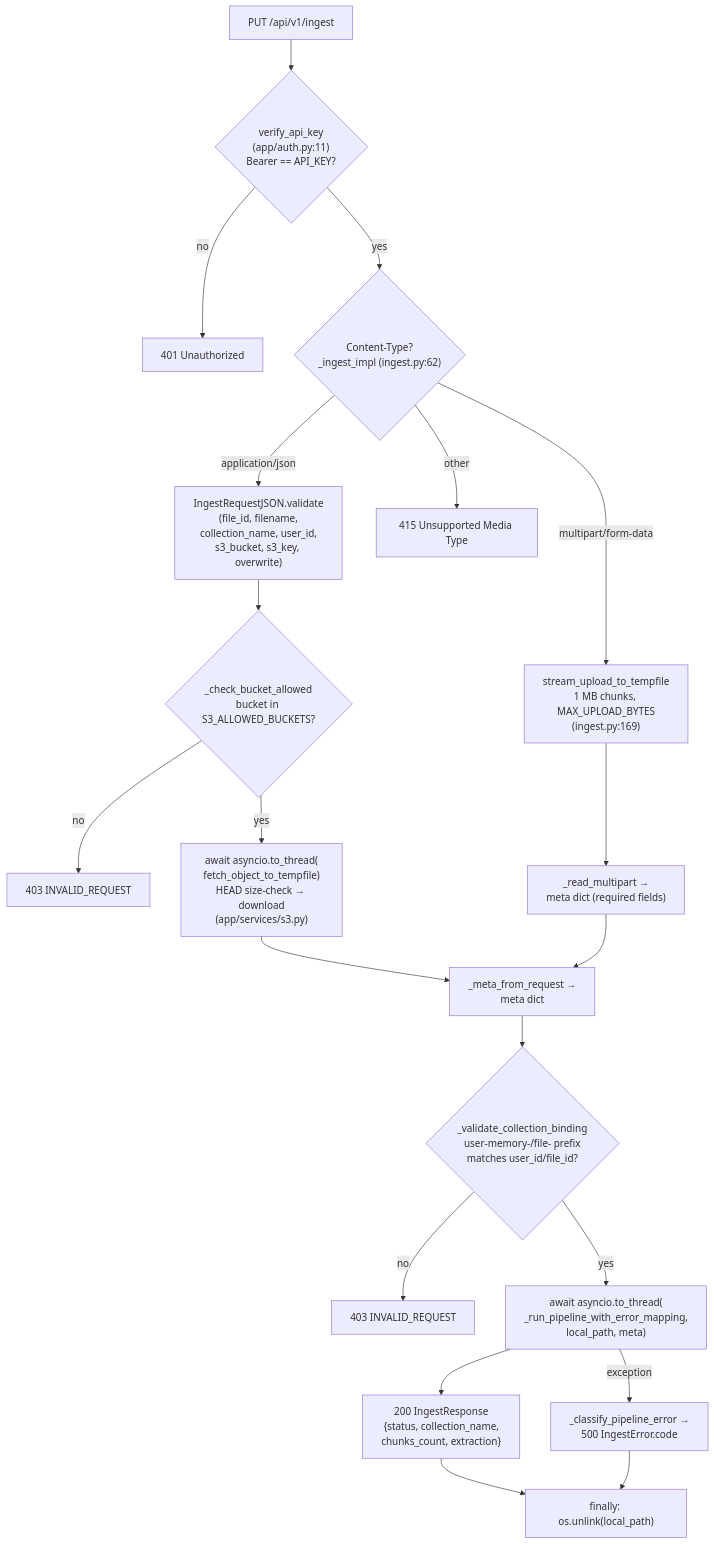
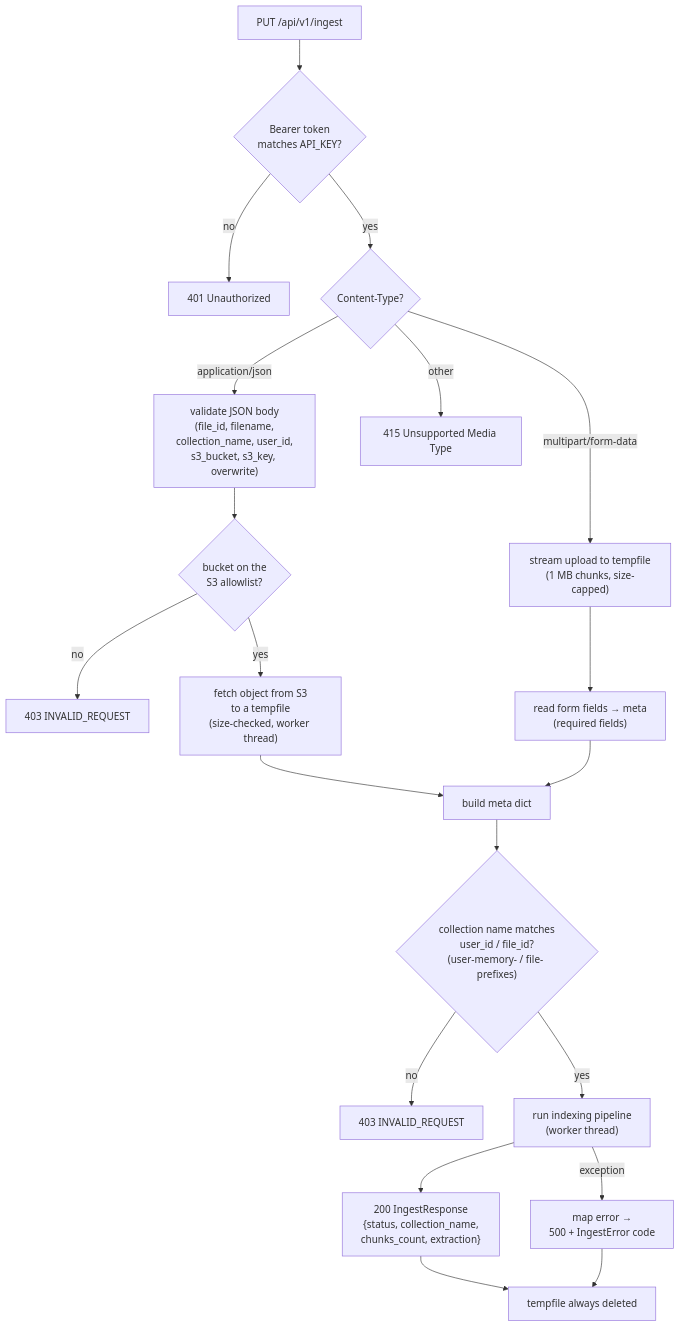
Before and after one commit to AarhusAI/ingestion-service: the second of 5 diagrams in docs/data-flow.md, drawn with Mermaid. The commit also changed other lines of this file, not shown here.

Commit message:
Update data flow

````diff
--- a/docs/data-flow.md
+++ b/docs/data-flow.md
@@ -92,27 +73,27 @@
 ```mermaid
 flowchart TD
-    START["PUT /api/v1/ingest"] --> AUTH{"verify_api_key<br/>(app/auth.py:11)<br/>Bearer == API_KEY?"}
+    START["PUT /api/v1/ingest"] --> AUTH{"Bearer token<br/>matches API_KEY?"}
     AUTH -->|no| E401["401 Unauthorized"]
-    AUTH -->|yes| CT{"Content-Type?<br/>_ingest_impl (ingest.py:62)"}
+    AUTH -->|yes| CT{"Content-Type?"}
 
-    CT -->|application/json| J1["IngestRequestJSON.validate<br/>(file_id, filename,<br/>collection_name, user_id,<br/>s3_bucket, s3_key, overwrite)"]
-    J1 --> J2{"_check_bucket_allowed<br/>bucket in S3_ALLOWED_BUCKETS?"}
+    CT -->|application/json| J1["validate JSON body<br/>(file_id, filename,<br/>collection_name, user_id,<br/>s3_bucket, s3_key, overwrite)"]
+    J1 --> J2{"bucket on the<br/>S3 allowlist?"}
     J2 -->|no| E403["403 INVALID_REQUEST"]
-    J2 -->|yes| J3["await asyncio.to_thread(<br/>fetch_object_to_tempfile)<br/>HEAD size-check → download<br/>(app/services/s3.py)"]
-    J3 --> META["_meta_from_request →<br/>meta dict"]
+    J2 -->|yes| J3["fetch object from S3<br/>to a tempfile<br/>(size-checked, worker thread)"]
+    J3 --> META["build meta dict"]
 
-    CT -->|multipart/form-data| M1["stream_upload_to_tempfile<br/>1 MB chunks, MAX_UPLOAD_BYTES<br/>(ingest.py:169)"]
-    M1 --> M2["_read_multipart →<br/>meta dict (required fields)"]
+    CT -->|multipart/form-data| M1["stream upload to tempfile<br/>(1 MB chunks, size-capped)"]
+    M1 --> M2["read form fields → meta<br/>(required fields)"]
     M2 --> META
 
     CT -->|other| E415["415 Unsupported Media Type"]
 
-    META --> BIND{"_validate_collection_binding<br/>user-memory-/file- prefix<br/>matches user_id/file_id?"}
+    META --> BIND{"collection name matches<br/>user_id / file_id?<br/>(user-memory- / file- prefixes)"}
     BIND -->|no| E403b["403 INVALID_REQUEST"]
-    BIND -->|yes| RUN["await asyncio.to_thread(<br/>_run_pipeline_with_error_mapping,<br/>local_path, meta)"]
+    BIND -->|yes| RUN["run indexing pipeline<br/>(worker thread)"]
     RUN --> RESP["200 IngestResponse<br/>{status, collection_name,<br/>chunks_count, extraction}"]
-    RUN -->|exception| EMAP["_classify_pipeline_error →<br/>500 IngestError.code"]
+    RUN -->|exception| EMAP["map error →<br/>500 + IngestError code"]
 
-    RESP --> FIN["finally: os.unlink(local_path)"]
+    RESP --> FIN["tempfile always deleted"]
     EMAP --> FIN
 ```
````
